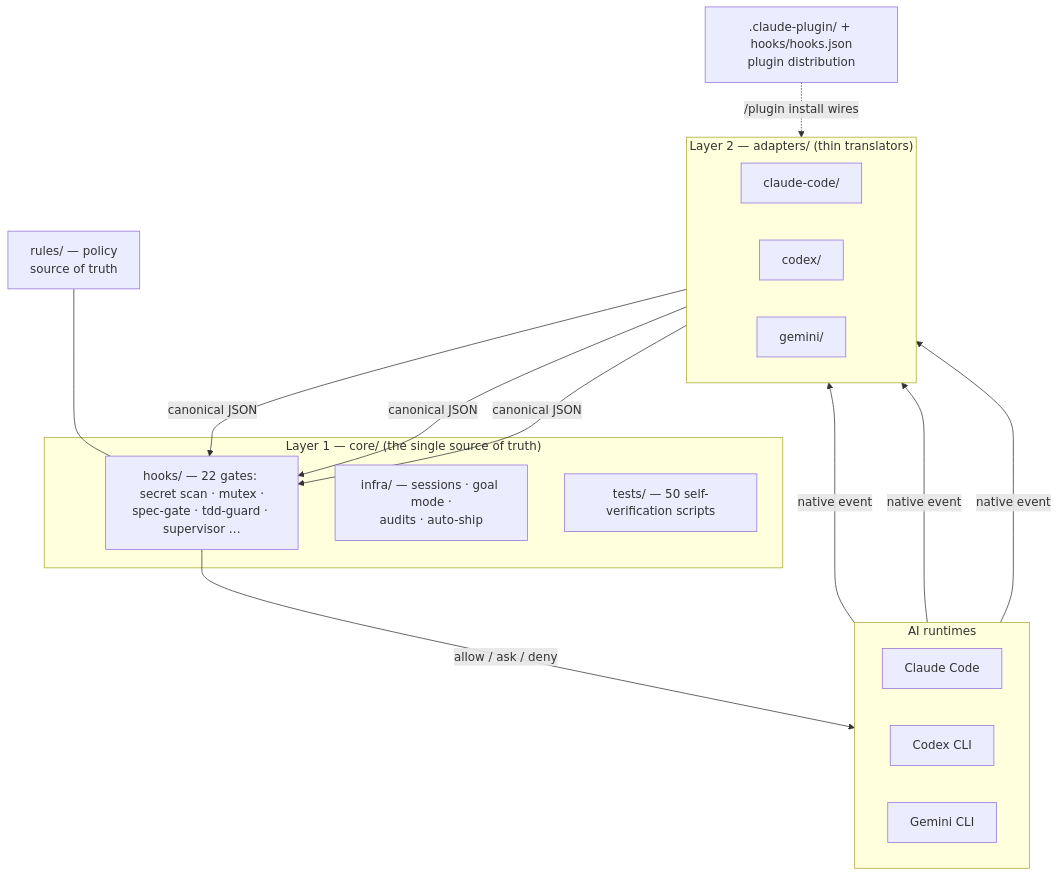
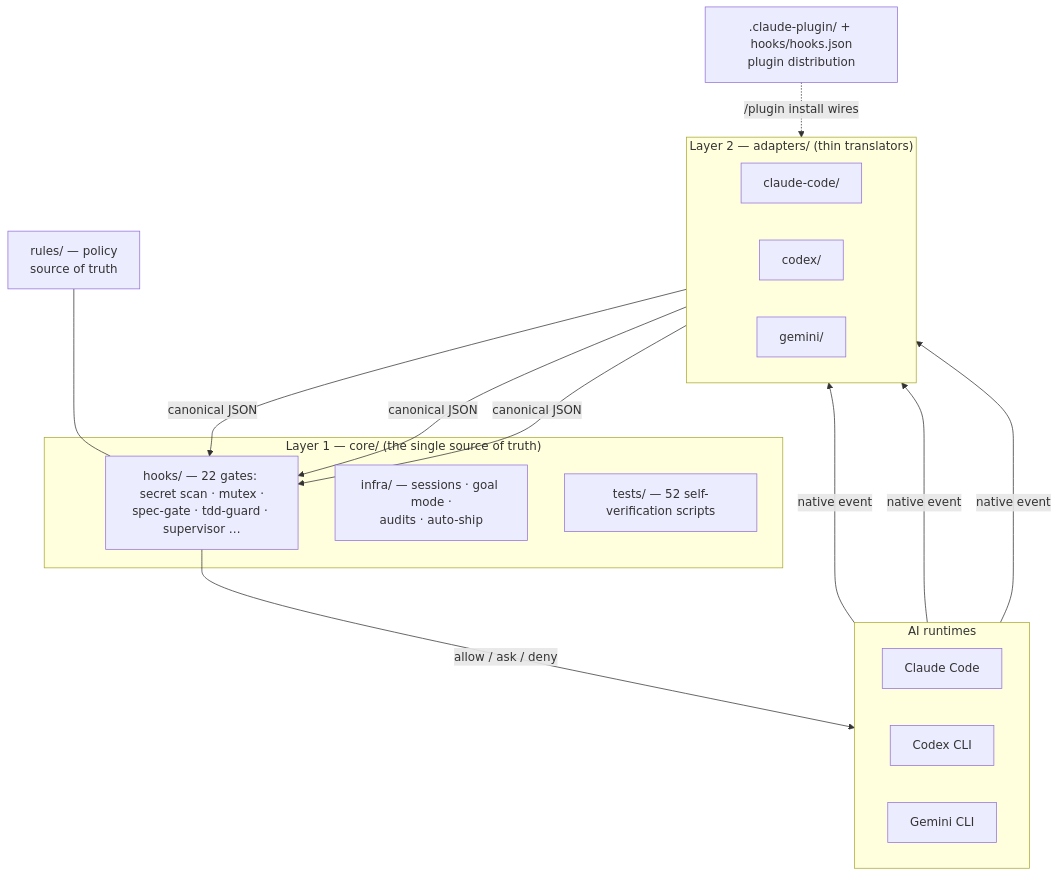
The second of 5 diagrams in README.md (joymin5655/Agent), drawn with Mermaid before and after one commit. The commit also changed other lines of this file and 7 other files, not shown here.

````diff
--- a/README.md
+++ b/README.md
@@ -215,32 +215,32 @@
 ```mermaid
 flowchart TB
     subgraph RT["AI runtimes"]
         direction LR
         CC["Claude Code"]
         CX["Codex CLI"]
         GM["Gemini CLI"]
     end
     subgraph AD["Layer 2 — adapters/ (thin translators)"]
         direction LR
         A1["claude-code/"]
         A2["codex/"]
         A3["gemini/"]
     end
     subgraph CORE["Layer 1 — core/ (the single source of truth)"]
         H["hooks/ — 22 gates: secret scan · mutex ·<br/>spec-gate · tdd-guard · supervisor …"]
         I["infra/ — sessions · goal mode ·<br/>audits · auto-ship"]
-        T["tests/ — 50 self-verification scripts"]
+        T["tests/ — 52 self-verification scripts"]
     end
     R["rules/ — policy<br/>source of truth"]
     PLUG[".claude-plugin/ + hooks/hooks.json<br/>plugin distribution"]
 
     CC -->|native event| A1
     CX -->|native event| A2
     GM -->|native event| A3
     A1 -->|canonical JSON| H
     A2 -->|canonical JSON| H
     A3 -->|canonical JSON| H
     H -->|"allow / ask / deny"| RT
     R --- H
     PLUG -. "/plugin install wires" .-> A1
 ```
````
